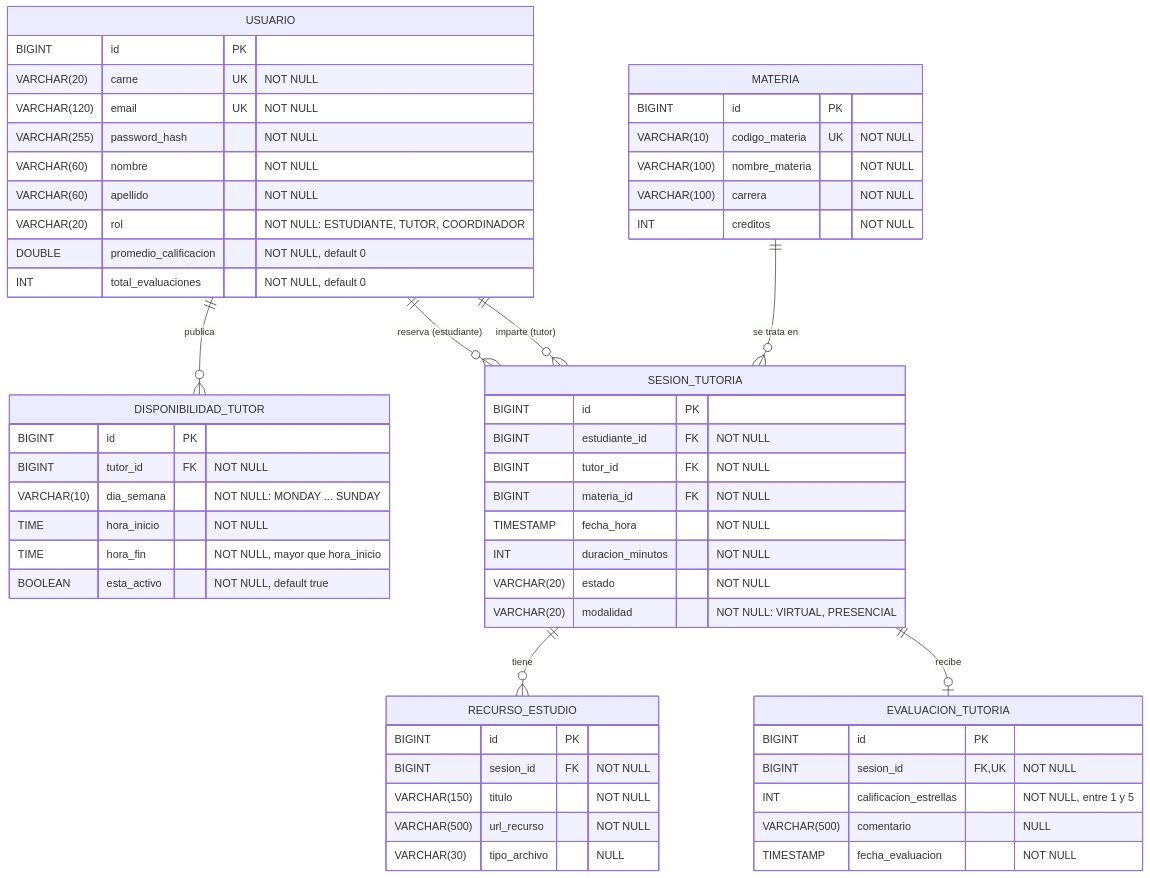
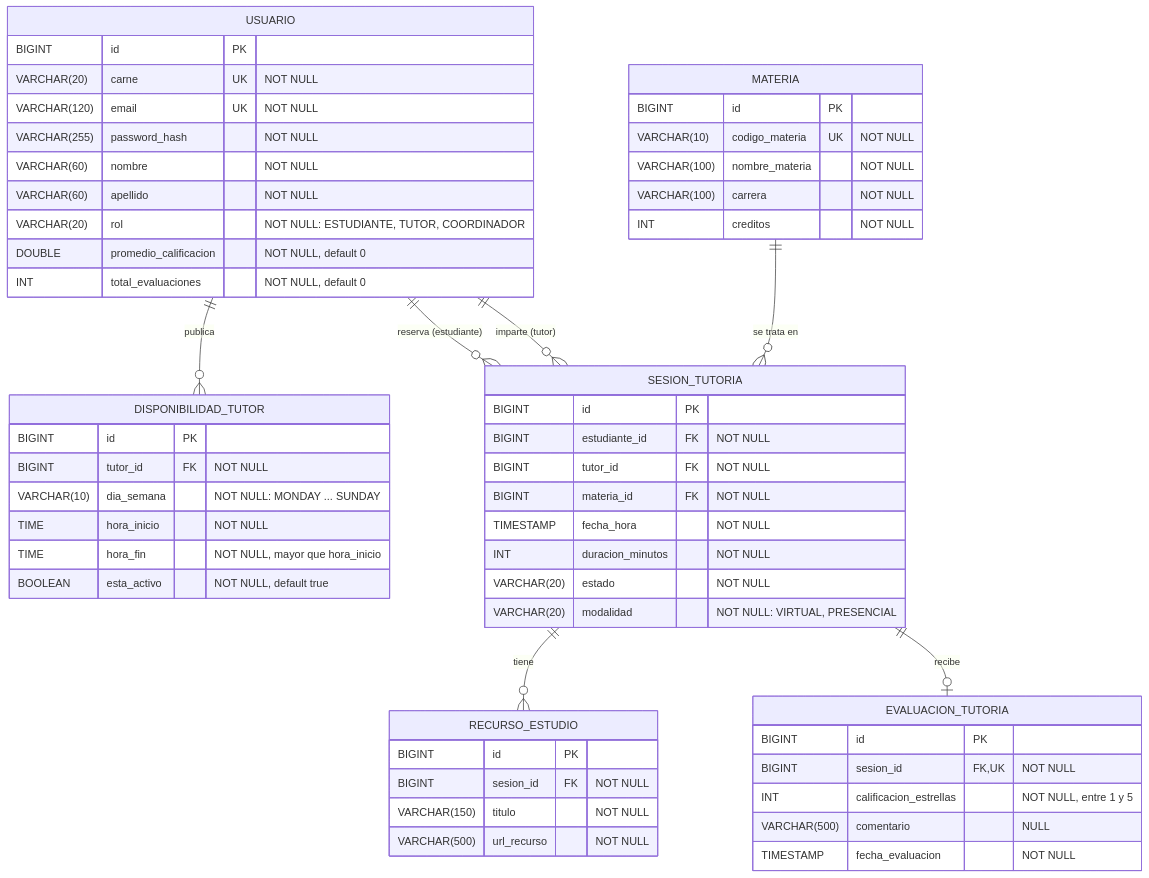
One commit to aidanmc207/dsw4-2026-equipo05-edumentor-backend changed the diagram in docs/ERD.md. Above: the diagram before and after it, drawn with Mermaid.

Commit message:
docs: quita tipo_archivo del ERD porque los recursos son solo enlaces

````diff
--- a/docs/ERD.md
+++ b/docs/ERD.md
@@ -5,65 +5,64 @@
 ```mermaid
 erDiagram
     USUARIO ||--o{ DISPONIBILIDAD_TUTOR : "publica"
     USUARIO ||--o{ SESION_TUTORIA : "reserva (estudiante)"
     USUARIO ||--o{ SESION_TUTORIA : "imparte (tutor)"
     MATERIA ||--o{ SESION_TUTORIA : "se trata en"
     SESION_TUTORIA ||--o{ RECURSO_ESTUDIO : "tiene"
     SESION_TUTORIA ||--o| EVALUACION_TUTORIA : "recibe"
 
     USUARIO {
         BIGINT id PK
         VARCHAR(20) carne UK "NOT NULL"
         VARCHAR(120) email UK "NOT NULL"
         VARCHAR(255) password_hash "NOT NULL"
         VARCHAR(60) nombre "NOT NULL"
         VARCHAR(60) apellido "NOT NULL"
         VARCHAR(20) rol "NOT NULL: ESTUDIANTE, TUTOR, COORDINADOR"
         DOUBLE promedio_calificacion "NOT NULL, default 0"
         INT total_evaluaciones "NOT NULL, default 0"
     }
 
     MATERIA {
         BIGINT id PK
         VARCHAR(10) codigo_materia UK "NOT NULL"
         VARCHAR(100) nombre_materia "NOT NULL"
         VARCHAR(100) carrera "NOT NULL"
         INT creditos "NOT NULL"
     }
 
     DISPONIBILIDAD_TUTOR {
         BIGINT id PK
         BIGINT tutor_id FK "NOT NULL"
         VARCHAR(10) dia_semana "NOT NULL: MONDAY ... SUNDAY"
         TIME hora_inicio "NOT NULL"
         TIME hora_fin "NOT NULL, mayor que hora_inicio"
         BOOLEAN esta_activo "NOT NULL, default true"
     }
 
     SESION_TUTORIA {
         BIGINT id PK
         BIGINT estudiante_id FK "NOT NULL"
         BIGINT tutor_id FK "NOT NULL"
         BIGINT materia_id FK "NOT NULL"
         TIMESTAMP fecha_hora "NOT NULL"
         INT duracion_minutos "NOT NULL"
         VARCHAR(20) estado "NOT NULL"
         VARCHAR(20) modalidad "NOT NULL: VIRTUAL, PRESENCIAL"
     }
 
     RECURSO_ESTUDIO {
         BIGINT id PK
         BIGINT sesion_id FK "NOT NULL"
         VARCHAR(150) titulo "NOT NULL"
         VARCHAR(500) url_recurso "NOT NULL"
-        VARCHAR(30) tipo_archivo "NULL"
     }
 
     EVALUACION_TUTORIA {
         BIGINT id PK
         BIGINT sesion_id FK,UK "NOT NULL"
         INT calificacion_estrellas "NOT NULL, entre 1 y 5"
         VARCHAR(500) comentario "NULL"
         TIMESTAMP fecha_evaluacion "NOT NULL"
     }
 ```
````
